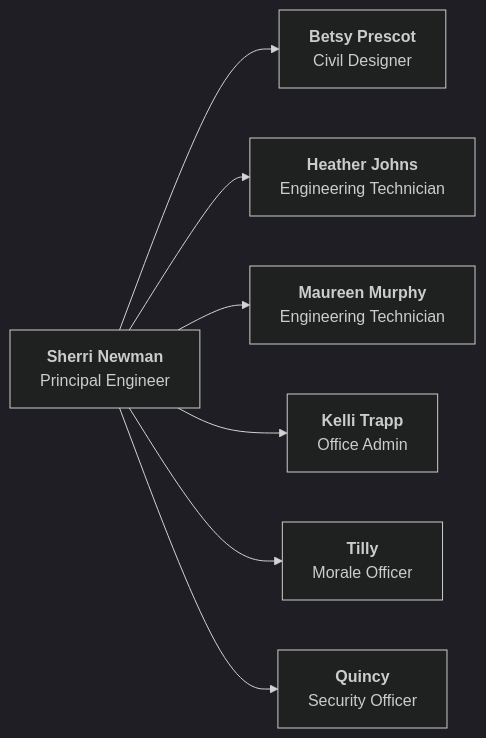
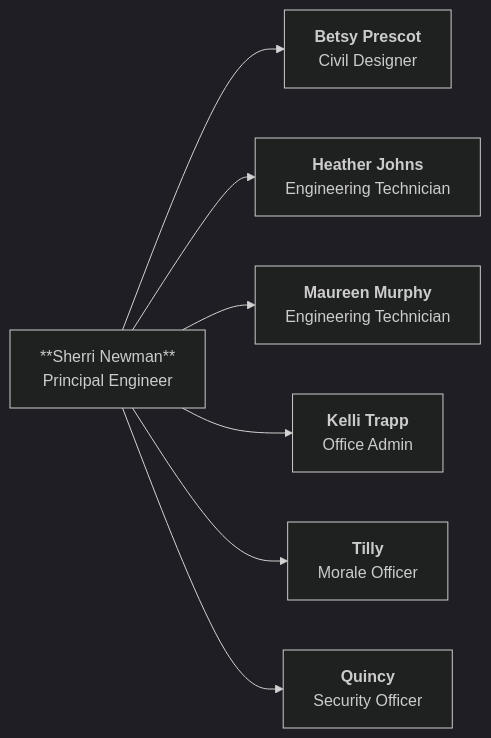
Before and after one commit to sandcassociates/knowledge-base: the diagram in docs/org-chart.md, drawn with Mermaid (dark theme).

````diff
--- a/docs/org-chart.md
+++ b/docs/org-chart.md
@@ -10,17 +10,17 @@
 ```mermaid
    graph LR;
-  A["`**Sherri Newman**
-    Principal Engineer`"];
+  A["**Sherri Newman**
+    Principal Engineer"];
     A -->B["`**Betsy Prescot**
     Civil Designer`"];
     A -->C["`**Heather Johns**
     Engineering Technician`"];
     A -->D["`**Maureen Murphy**
     Engineering Technician`"];
     A -->E["`**Kelli Trapp**
     Office Admin`"];
     A -->F["`**Tilly**
     Morale Officer`"];
     A -->G["`**Quincy**
     Security Officer`"];
 ```
````
